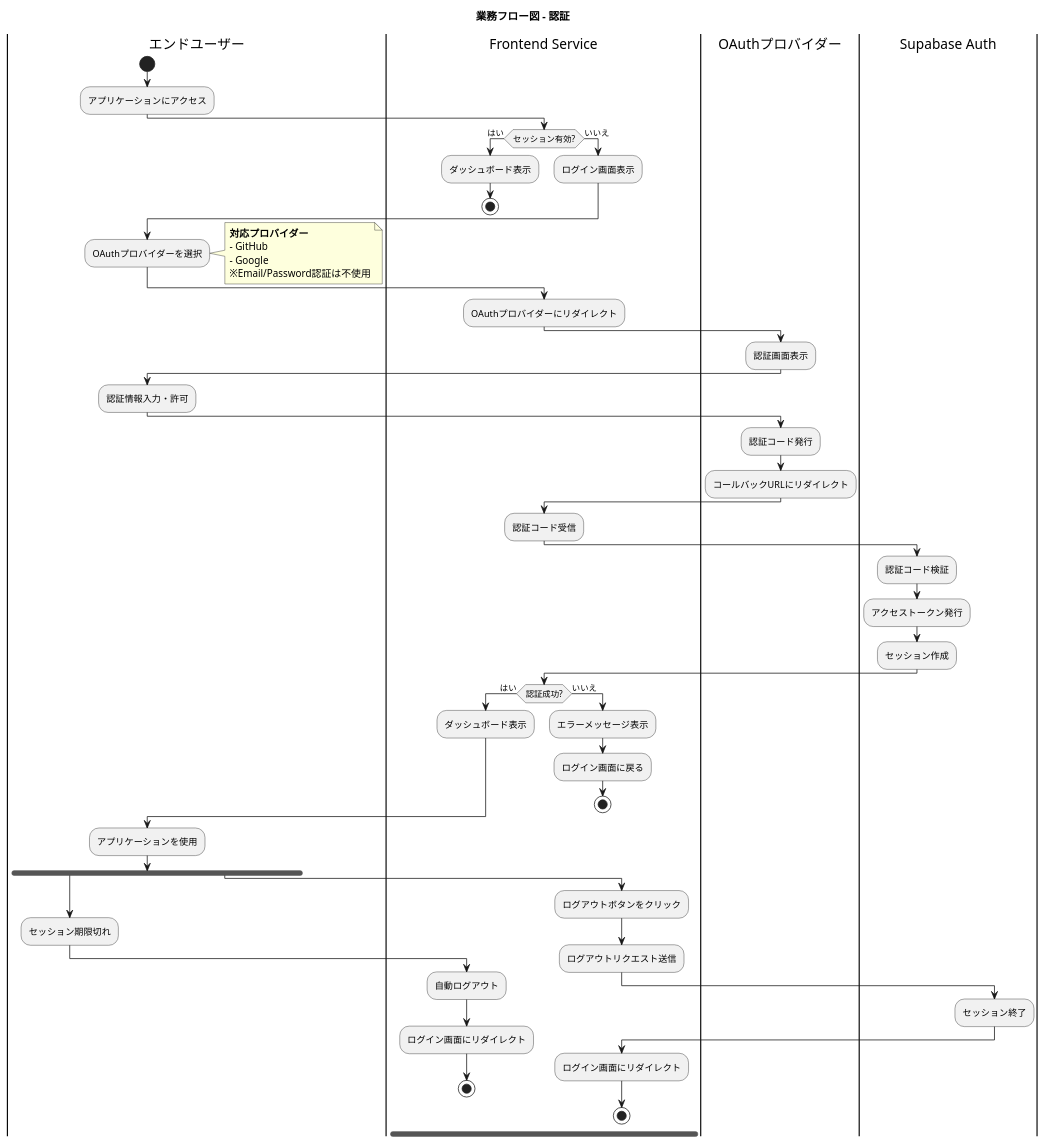
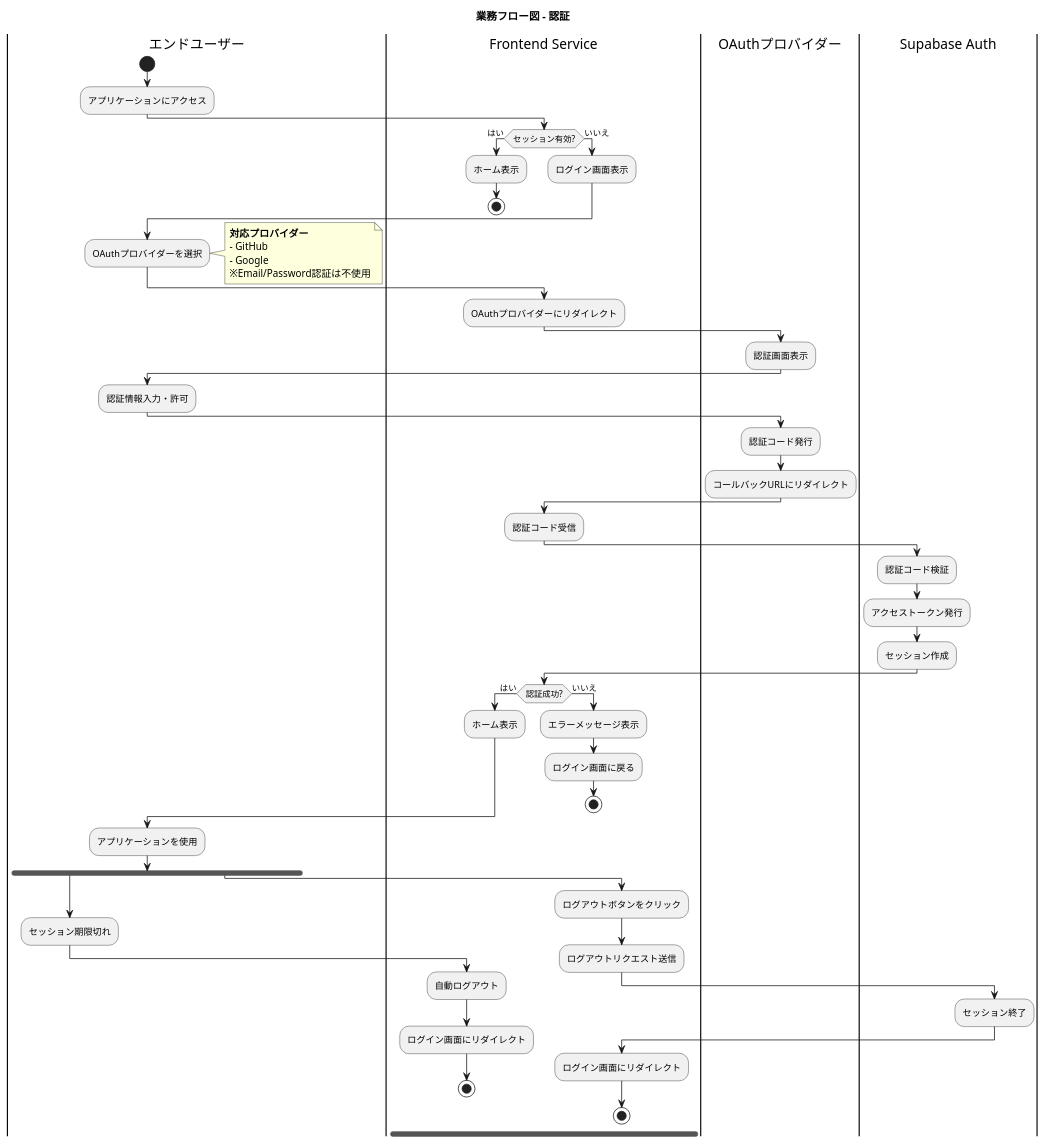
Before and after one commit to yoshiwo3/PlantUML2_Opus4.5: the fourth of 35 diagrams in docs/proposals/03_業務フロー図_20251201.md, drawn with PlantUML. The commit also changed other lines of this file and 27 other files, not shown here.

````diff
--- a/docs/proposals/03_業務フロー図_20251201.md
+++ b/docs/proposals/03_業務フロー図_20251201.md
@@ -498,81 +498,81 @@
 ```plantuml
 @startuml business_flow_auth
 title 業務フロー図 - 認証
 
 |エンドユーザー|
 start
 :アプリケーションにアクセス;
 
 |Frontend Service|
 if (セッション有効?) then (はい)
-  :ダッシュボード表示;
+  :ホーム表示;
   stop
 else (いいえ)
   :ログイン画面表示;
 endif
 
 |エンドユーザー|
 :OAuthプロバイダーを選択;
 note right
   **対応プロバイダー**
   - GitHub
   - Google
   ※Email/Password認証は不使用
 end note
 
 |Frontend Service|
 :OAuthプロバイダーにリダイレクト;
 
 |OAuthプロバイダー|
 :認証画面表示;
 
 |エンドユーザー|
 :認証情報入力・許可;
 
 |OAuthプロバイダー|
 :認証コード発行;
 :コールバックURLにリダイレクト;
 
 |Frontend Service|
 :認証コード受信;
 
 |Supabase Auth|
 :認証コード検証;
 :アクセストークン発行;
 :セッション作成;
 
 |Frontend Service|
 if (認証成功?) then (はい)
-  :ダッシュボード表示;
+  :ホーム表示;
 else (いいえ)
   :エラーメッセージ表示;
   :ログイン画面に戻る;
   stop
 endif
 
 |エンドユーザー|
 :アプリケーションを使用;
 
 fork
   :セッション期限切れ;
 
   |Frontend Service|
   :自動ログアウト;
   :ログイン画面にリダイレクト;
   stop
 fork again
   :ログアウトボタンをクリック;
 
   |Frontend Service|
   :ログアウトリクエスト送信;
 
   |Supabase Auth|
   :セッション終了;
 
   |Frontend Service|
   :ログイン画面にリダイレクト;
   stop
 end fork
 
 @enduml
 ```
````
